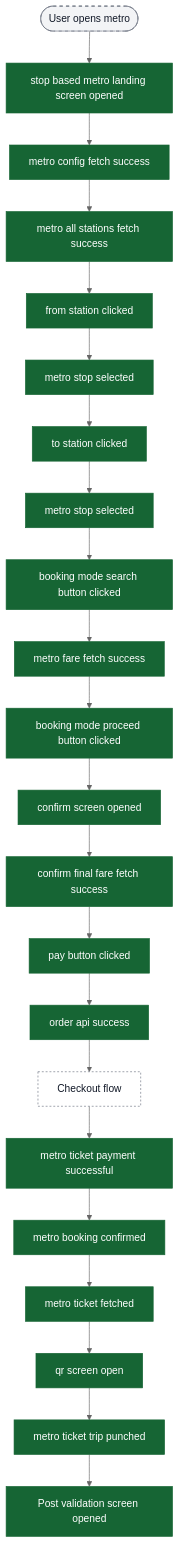
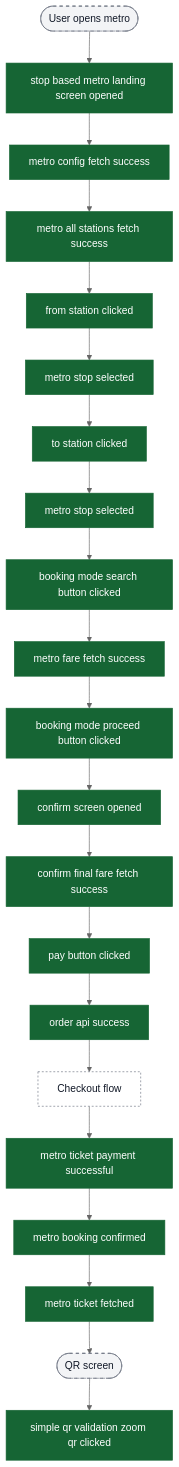
Before and after one commit to ratulsarna/chalo-app-dashboard: the eighth of 8 diagrams in content/analytics/metro/flow-diagrams.md, drawn with Mermaid (neutral theme). The commit also changed other lines of this file and 2 other files, not shown here.

Commit message:
feat(analytics): update metro flow diagrams and event properties for ONDC route search and ticket validation

````diff
--- a/content/analytics/metro/flow-diagrams.md
+++ b/content/analytics/metro/flow-diagrams.md
@@ -210,35 +197,34 @@
 ```mermaid
 flowchart TD
   ui_start([User opens metro]) --> ev_landingOpen["stop based metro landing screen opened"]
   ev_landingOpen --> ev_configOk["metro config fetch success"]
   ev_configOk --> ev_stationsOk["metro all stations fetch success"]
   ev_stationsOk --> ev_fromClick["from station clicked"]
   ev_fromClick --> ev_stopFrom["metro stop selected"]
   ev_stopFrom --> ev_toClick["to station clicked"]
   ev_toClick --> ev_stopTo["metro stop selected"]
   ev_stopTo --> ev_searchBtn["booking mode search button clicked"]
   ev_searchBtn --> ev_fareOk["metro fare fetch success"]
   ev_fareOk --> ev_proceedBtn["booking mode proceed button clicked"]
 
   ev_proceedBtn --> ev_confirmOpen["confirm screen opened"]
   ev_confirmOpen --> ev_finalFareOk["confirm final fare fetch success"]
   ev_finalFareOk --> ev_payBtn["pay button clicked"]
   ev_payBtn --> ev_orderOk["order api success"]
 
   ev_orderOk --> ext_checkout[Checkout flow]
   ext_checkout --> ev_paymentOk["metro ticket payment successful"]
 
   ev_paymentOk --> ev_bookingConfirmed["metro booking confirmed"]
   ev_bookingConfirmed --> ev_ticketFetched["metro ticket fetched"]
-  ev_ticketFetched --> ev_qrOpen["qr screen open"]
-  ev_qrOpen --> ev_tripPunched["metro ticket trip punched"]
-  ev_tripPunched --> ev_postValidation["Post validation screen opened"]
+  ev_ticketFetched --> ui_qr([QR screen])
+  ui_qr --> ev_qrZoom["simple qr validation zoom qr clicked"]
 
   classDef event fill:#166534,stroke:#166534,color:#ffffff;
   classDef ui fill:#f3f4f6,stroke:#6b7280,stroke-dasharray: 5 5,color:#111827;
   classDef external fill:#ffffff,stroke:#6b7280,stroke-dasharray: 3 3,color:#111827;
 
-  class ev_landingOpen,ev_configOk,ev_stationsOk,ev_fromClick,ev_stopFrom,ev_toClick,ev_stopTo,ev_searchBtn,ev_fareOk,ev_proceedBtn,ev_confirmOpen,ev_finalFareOk,ev_payBtn,ev_orderOk,ev_paymentOk,ev_bookingConfirmed,ev_ticketFetched,ev_qrOpen,ev_tripPunched,ev_postValidation event;
-  class ui_start ui;
+  class ev_landingOpen,ev_configOk,ev_stationsOk,ev_fromClick,ev_stopFrom,ev_toClick,ev_stopTo,ev_searchBtn,ev_fareOk,ev_proceedBtn,ev_confirmOpen,ev_finalFareOk,ev_payBtn,ev_orderOk,ev_paymentOk,ev_bookingConfirmed,ev_ticketFetched,ev_qrZoom event;
+  class ui_start,ui_qr ui;
   class ext_checkout external;
 ```
````
